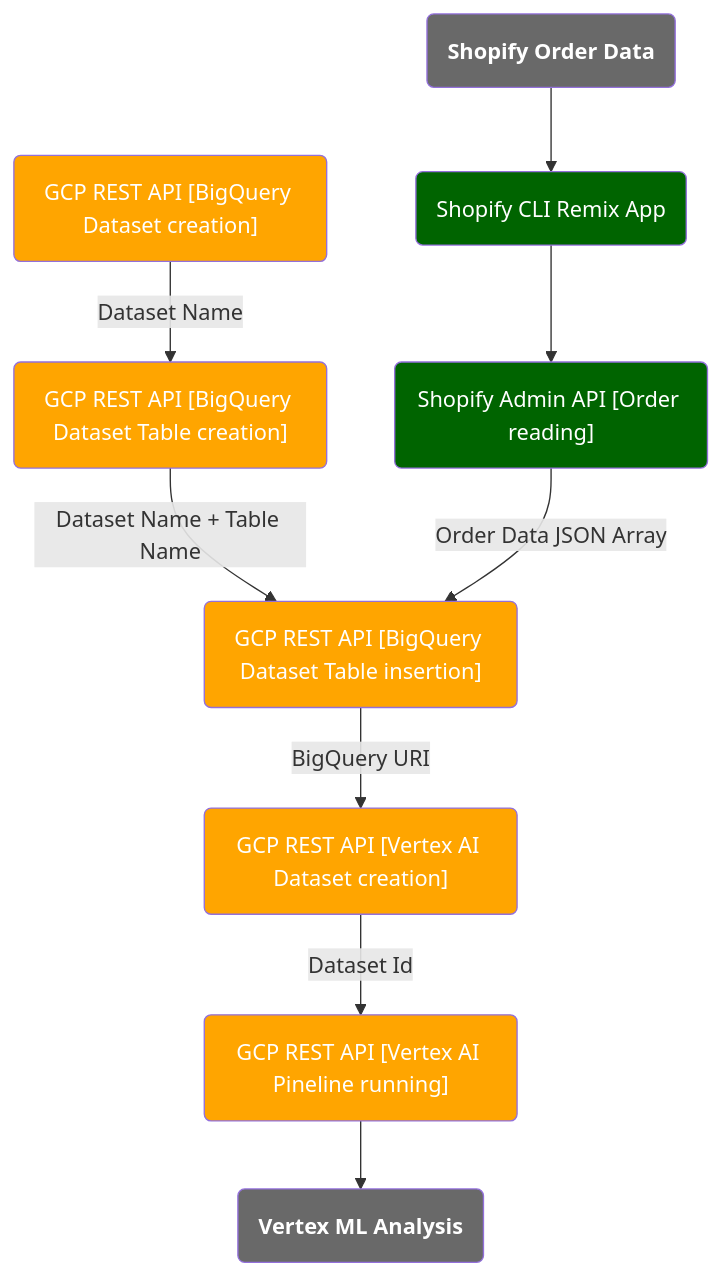
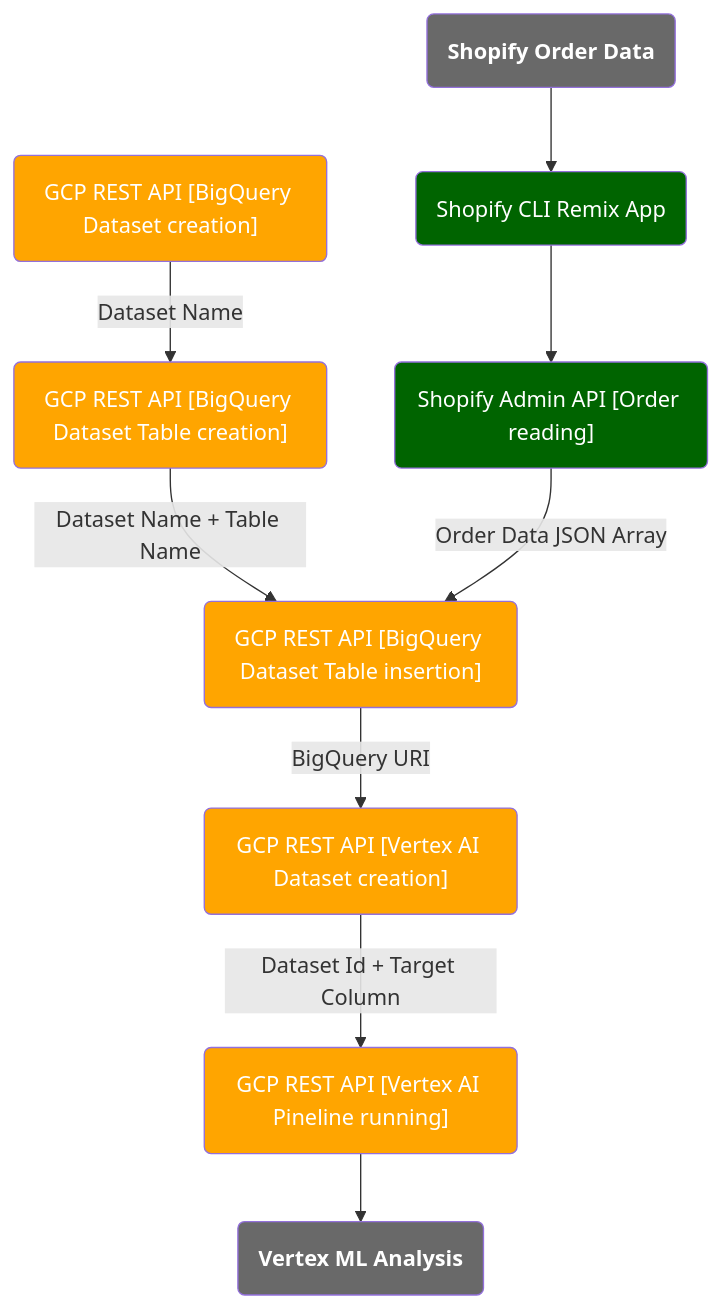
Before and after one commit to benzookapi/shopify-gcp-demo: the diagram in README.GCP.md, drawn with Mermaid. The commit also changed 2 other files, not shown here.

````diff
--- a/README.GCP.md
+++ b/README.GCP.md
@@ -3,58 +3,58 @@
 ```mermaid
 
 graph TD
 
   ShopifyOrders("Shopify Order Data")
 
   ShopifyApp("Shopify CLI Remix App")
 
   ShopifyApi("Shopify Admin API [Order reading]")
 
   GcpRestApiBigQueryDataSet("GCP REST API [BigQuery Dataset creation]")
 
   GcpRestApiBigQueryTable("GCP REST API [BigQuery Dataset Table creation]")
 
   GcpRestApiBigQueryInsert("GCP REST API [BigQuery Dataset Table insertion]")
 
   GcpRestApiVertexDataset("GCP REST API [Vertex AI Dataset creation]")
 
   GcpRestApiVertexRun("GCP REST API [Vertex AI Pineline running]")
 
   GcpRestApiVertexResult("Vertex ML Analysis")
 
   ShopifyOrders-->ShopifyApp
 
   ShopifyApp-->ShopifyApi
 
   GcpRestApiBigQueryDataSet-->|Dataset Name|GcpRestApiBigQueryTable
 
   GcpRestApiBigQueryTable-->|Dataset Name + Table Name|GcpRestApiBigQueryInsert
 
   ShopifyApi-->|Order Data JSON Array|GcpRestApiBigQueryInsert
 
   GcpRestApiBigQueryInsert-->|BigQuery URI|GcpRestApiVertexDataset
 
-  GcpRestApiVertexDataset-->|Dataset Id|GcpRestApiVertexRun
+  GcpRestApiVertexDataset-->|Dataset Id + Target Column|GcpRestApiVertexRun
 
   GcpRestApiVertexRun-->GcpRestApiVertexResult
 
 
   classDef edge1 fill:#696969,color:white,font-weight:bold
   class ShopifyOrders edge1
 
   classDef shopify fill:#006400,color:white
   class ShopifyApp,ShopifyApi shopify
 
   classDef gcp fill:#FFA500,color:white
   class GcpRestApiBigQueryDataSet,GcpRestApiBigQueryTable,GcpRestApiBigQueryInsert,GcpRestApiVertexDataset,GcpRestApiVertexRun gcp
 
   classDef edge2 fill:#696969,color:white,font-weight:bold
   class GcpRestApiVertexResult edge2
 
 
 
 
 
 
 
 ```
````
